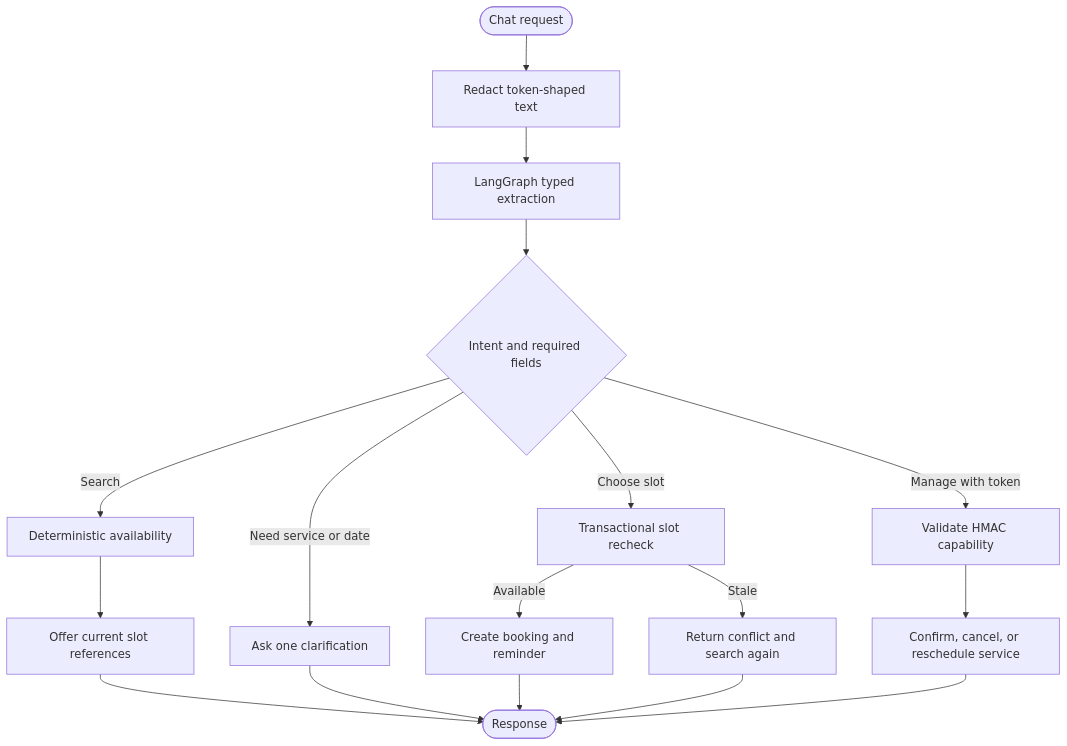
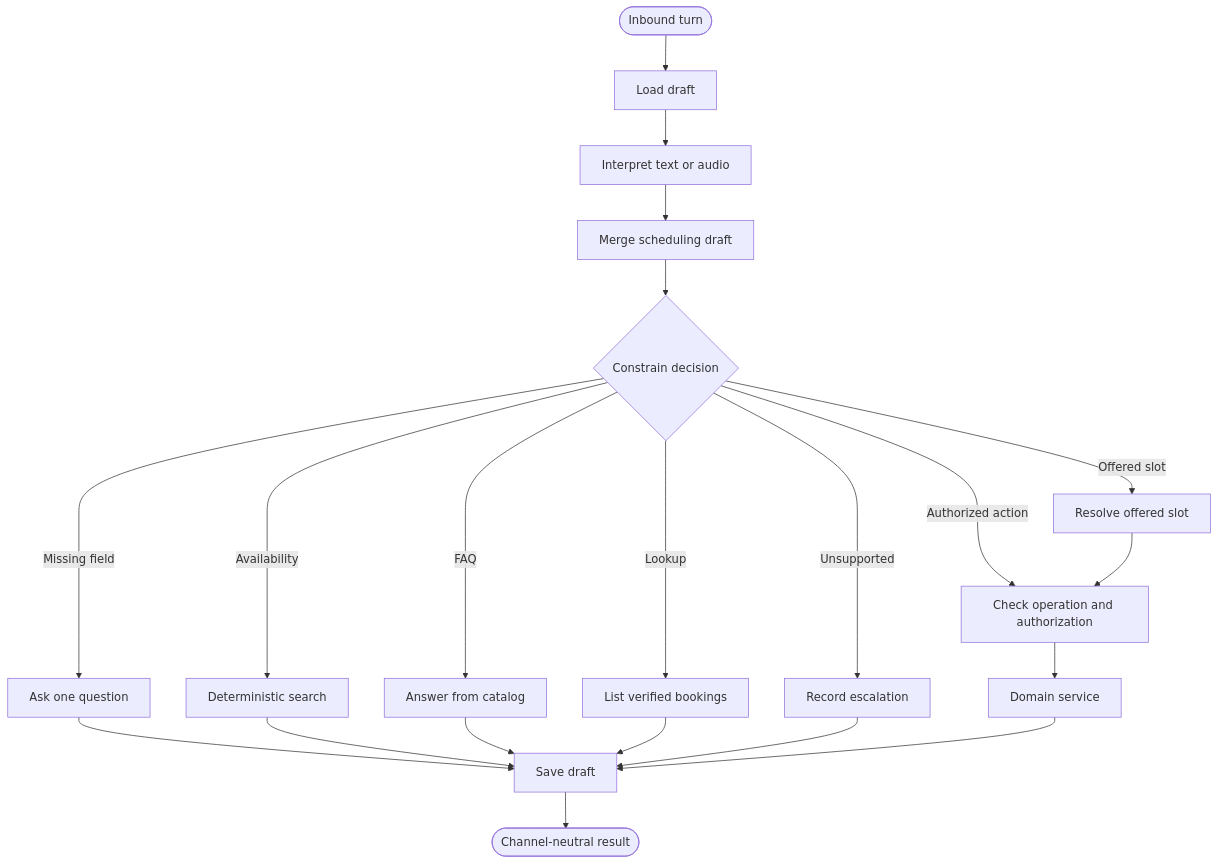
One commit to ktakanopy/capy-appointment-bot changed the diagram in docs/graph.md. Above: the diagram before and after it, drawn with Mermaid. The commit also changed other lines of this file and 44 other files, not shown here.

First line of the commit message:
feat: move conversation control into the workflow graph

````diff
--- a/docs/graph.md
+++ b/docs/graph.md
@@ -5,19 +5,23 @@
 ```mermaid
 flowchart TD
-  Start([Chat request]) --> Sanitize[Redact token-shaped text]
-  Sanitize --> Interpret[LangGraph typed extraction]
-  Interpret --> Resolve{Intent and required fields}
-  Resolve -->|Need service or date| Clarify[Ask one clarification]
-  Resolve -->|Search| Availability[Deterministic availability]
-  Availability --> Slots[Offer current slot references]
-  Resolve -->|Choose slot| Revalidate[Transactional slot recheck]
-  Revalidate -->|Available| Create[Create booking and reminder]
-  Revalidate -->|Stale| Alternatives[Return conflict and search again]
-  Resolve -->|Manage with token| Authorize[Validate HMAC capability]
-  Authorize --> Action[Confirm, cancel, or reschedule service]
-  Slots --> End([Response])
-  Clarify --> End
-  Create --> End
-  Alternatives --> End
-  Action --> End
+  Start([Inbound turn]) --> Load[Load draft]
+  Load --> Interpret[Interpret text or audio]
+  Interpret --> Merge[Merge scheduling draft]
+  Merge --> Decide{Constrain decision}
+  Decide -->|Missing field| Clarify[Ask one question]
+  Decide -->|Availability| Search[Deterministic search]
+  Decide -->|Offered slot| Select[Resolve offered slot]
+  Decide -->|FAQ| Help[Answer from catalog]
+  Decide -->|Lookup| Lookup[List verified bookings]
+  Decide -->|Unsupported| Escalate[Record escalation]
+  Decide -->|Authorized action| Prepare[Check operation and authorization]
+  Select --> Prepare
+  Prepare --> Execute[Domain service]
+  Clarify --> Persist[Save draft]
+  Search --> Persist
+  Help --> Persist
+  Lookup --> Persist
+  Escalate --> Persist
+  Execute --> Persist
+  Persist --> End([Channel-neutral result])
 ```
````
